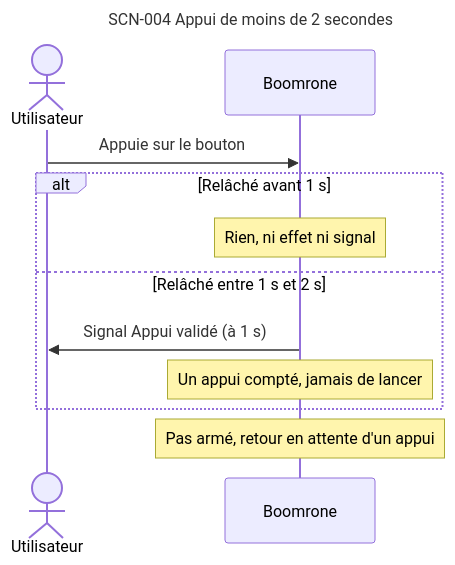
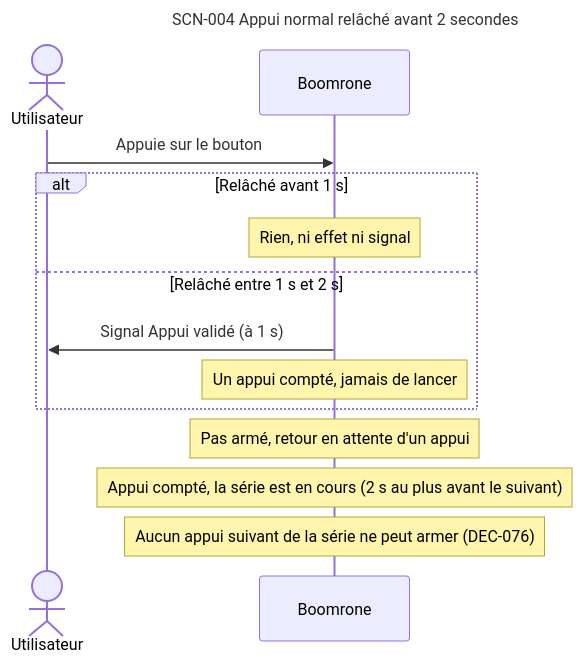
The sixth of 13 diagrams in projets/boomrone/00-scenarios.md (thourymatthieu-png/coworker_archi_system), drawn with Mermaid before and after one commit. The commit also changed other lines of this file and 6 other files, not shown here.

Commit message:
Boomrone : armement depuis le premier appui, bouton en vol de réglage, retours à l'attente (DEC-076 à DEC-082), DOU-081 et DOU-082 levés

````diff
--- a/projets/boomrone/00-scenarios.md
+++ b/projets/boomrone/00-scenarios.md
@@ -261,16 +270,18 @@
 ```mermaid
 ---
-title: "SCN-004 Appui de moins de 2 secondes"
+title: "SCN-004 Appui normal relâché avant 2 secondes"
 ---
 sequenceDiagram
     actor U as Utilisateur
     participant D as Boomrone
     U->>D: Appuie sur le bouton
     alt Relâché avant 1 s
         Note over D: Rien, ni effet ni signal
     else Relâché entre 1 s et 2 s
         D->>U: Signal Appui validé (à 1 s)
         Note over D: Un appui compté, jamais de lancer
     end
     Note over D: Pas armé, retour en attente d'un appui
+    Note over D: Appui compté, la série est en cours (2 s au plus avant le suivant)
+    Note over D: Aucun appui suivant de la série ne peut armer (DEC-076)
 ```
````
